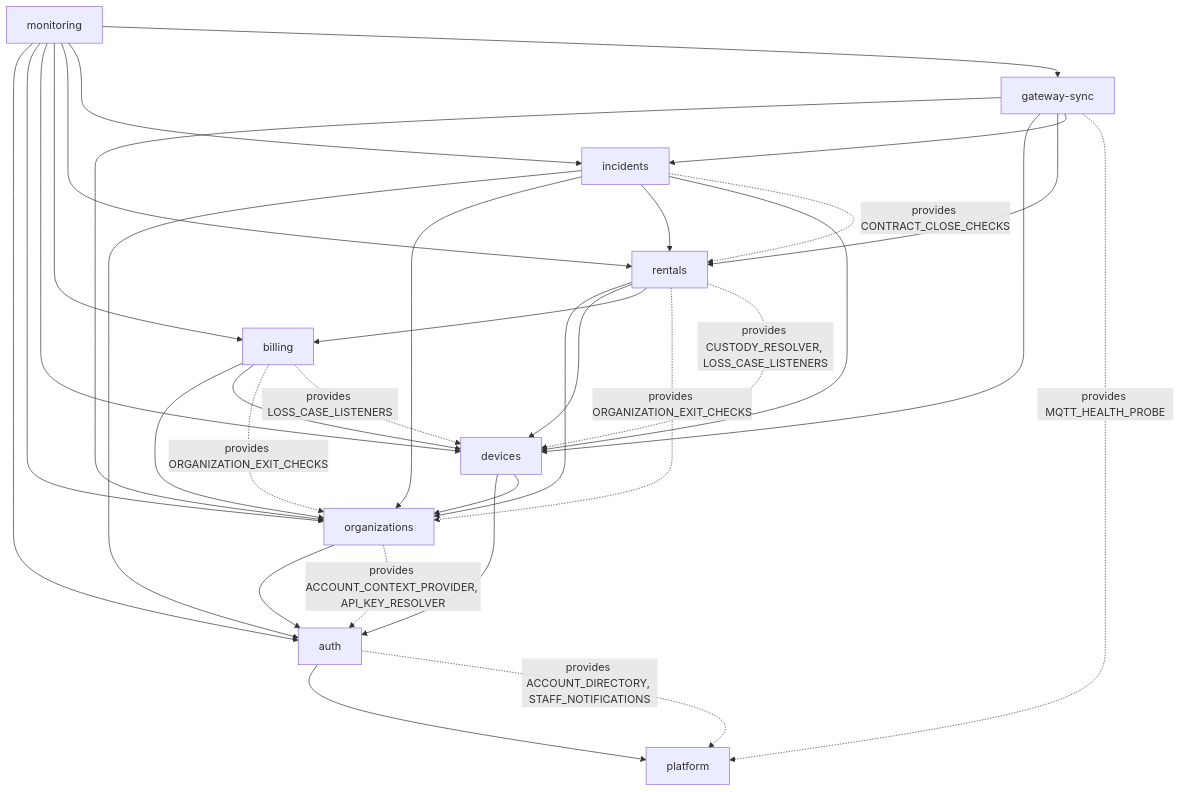
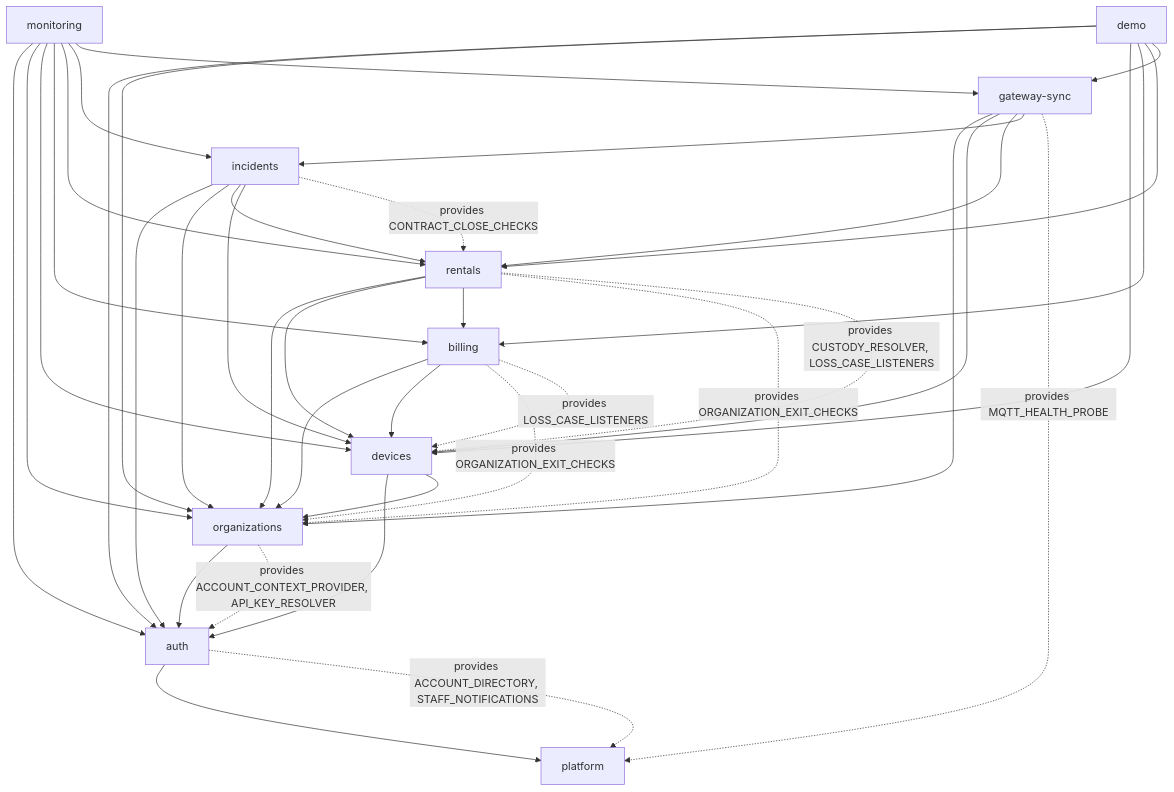
The third of 7 diagrams in specs/platform/design.md (TrekLink-Team/treklink-web), drawn with Mermaid before and after one commit. The commit also changed other lines of this file and 13 other files, not shown here.

````diff
--- a/specs/platform/design.md
+++ b/specs/platform/design.md
@@ -109,44 +109,51 @@
 ```mermaid
 flowchart TB
     PLT["platform"]
     AUTH["auth"]
     ORG["organizations"]
     DEVS["devices"]
     BILL["billing"]
     RENT["rentals"]
     INC["incidents"]
     GWS["gateway-sync"]
     MON["monitoring"]
+    DEMO["demo"]
     AUTH --> PLT
     ORG --> AUTH
     DEVS --> AUTH
     DEVS --> ORG
     BILL --> ORG
     BILL --> DEVS
     RENT --> ORG
     RENT --> DEVS
     RENT --> BILL
     INC --> AUTH
     INC --> ORG
     INC --> RENT
     INC --> DEVS
     GWS --> ORG
     GWS --> DEVS
     GWS --> RENT
     GWS --> INC
     MON --> AUTH
     MON --> ORG
     MON --> DEVS
     MON --> BILL
     MON --> RENT
     MON --> INC
     MON --> GWS
+    DEMO --> AUTH
+    DEMO --> ORG
+    DEMO --> DEVS
+    DEMO --> BILL
+    DEMO --> RENT
+    DEMO --> GWS
     ORG -.->|"provides ACCOUNT_CONTEXT_PROVIDER, API_KEY_RESOLVER"| AUTH
     BILL -.->|"provides ORGANIZATION_EXIT_CHECKS"| ORG
     RENT -.->|"provides ORGANIZATION_EXIT_CHECKS"| ORG
     INC -.->|"provides CONTRACT_CLOSE_CHECKS"| RENT
     RENT -.->|"provides CUSTODY_RESOLVER, LOSS_CASE_LISTENERS"| DEVS
     BILL -.->|"provides LOSS_CASE_LISTENERS"| DEVS
     GWS -.->|"provides MQTT_HEALTH_PROBE"| PLT
     AUTH -.->|"provides ACCOUNT_DIRECTORY, STAFF_NOTIFICATIONS"| PLT
 ```
````
